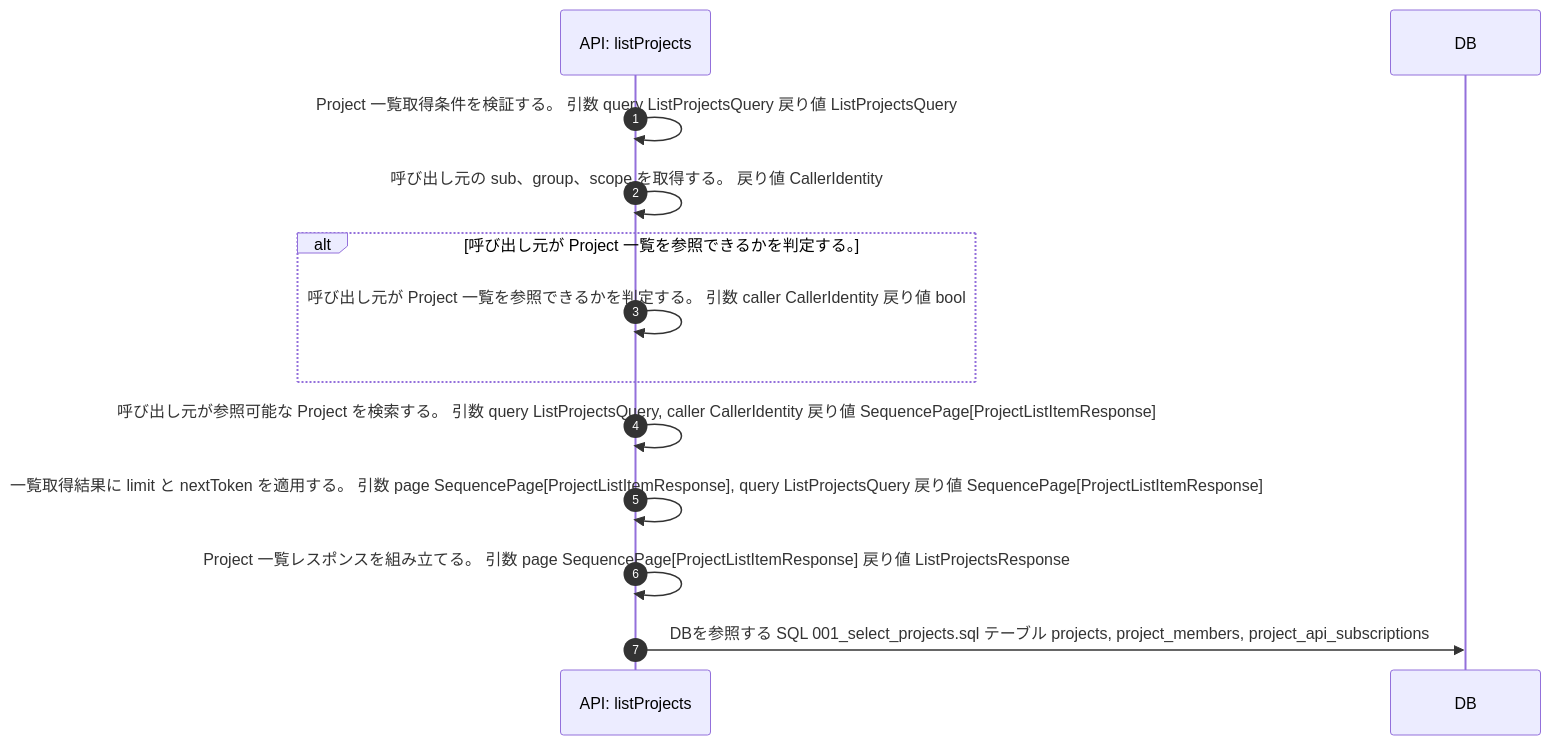
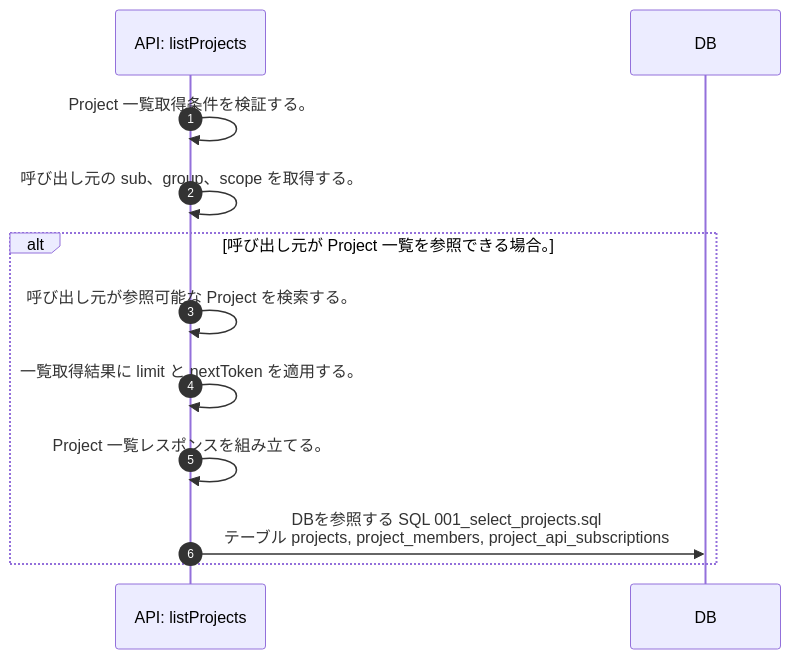
The diagram in docs/spec/40.apis/projects/list_projects/sequence_gen.md (tsuji-tomonori/lazunex), drawn with Mermaid before and after one commit. The commit also changed 16 other files, not shown here.

First line of the commit message:
🐛 fix(api): sequence条件分岐の表示を修正

````diff
--- a/docs/spec/40.apis/projects/list_projects/sequence_gen.md
+++ b/docs/spec/40.apis/projects/list_projects/sequence_gen.md
@@ -5,15 +5,14 @@
 ```mermaid
 sequenceDiagram
   autonumber
   participant API as API: listProjects
   participant DB as DB
-  API->>API: Project 一覧取得条件を検証する。 引数 query ListProjectsQuery 戻り値 ListProjectsQuery
-  API->>API: 呼び出し元の sub、group、scope を取得する。 戻り値 CallerIdentity
-  alt 呼び出し元が Project 一覧を参照できるかを判定する。
-    API->>API: 呼び出し元が Project 一覧を参照できるかを判定する。 引数 caller CallerIdentity 戻り値 bool
+  API->>API: Project 一覧取得条件を検証する。
+  API->>API: 呼び出し元の sub、group、scope を取得する。
+  alt 呼び出し元が Project 一覧を参照できる場合。
+    API->>API: 呼び出し元が参照可能な Project を検索する。
+    API->>API: 一覧取得結果に limit と nextToken を適用する。
+    API->>API: Project 一覧レスポンスを組み立てる。
+    API->>DB: DBを参照する SQL 001_select_projects.sql<br/>テーブル projects, project_members, project_api_subscriptions
   end
-  API->>API: 呼び出し元が参照可能な Project を検索する。 引数 query ListProjectsQuery, caller CallerIdentity 戻り値 SequencePage[ProjectListItemResponse]
-  API->>API: 一覧取得結果に limit と nextToken を適用する。 引数 page SequencePage[ProjectListItemResponse], query ListProjectsQuery 戻り値 SequencePage[ProjectListItemResponse]
-  API->>API: Project 一覧レスポンスを組み立てる。 引数 page SequencePage[ProjectListItemResponse] 戻り値 ListProjectsResponse
-  API->>DB: DBを参照する SQL 001_select_projects.sql テーブル projects, project_members, project_api_subscriptions
 ```
````
